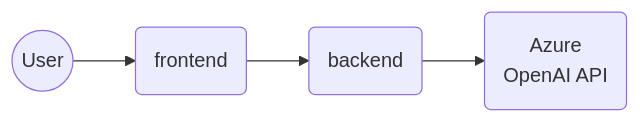
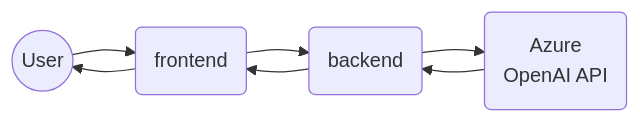
Before and after one commit to msalemor/openai-content-demos: the second of 2 diagrams in README.md, drawn with Mermaid. The commit also changed other lines of this file, not shown here.

````diff
--- a/README.md
+++ b/README.md
@@ -122,6 +124,9 @@
 ```mermaid
 flowchart LR
 A((User)) --> B(frontend)
 B --> C(backend)
 C --> D(Azure<br/>OpenAI API)
+D --> C
+C --> B
+B --> A
 ```
````
